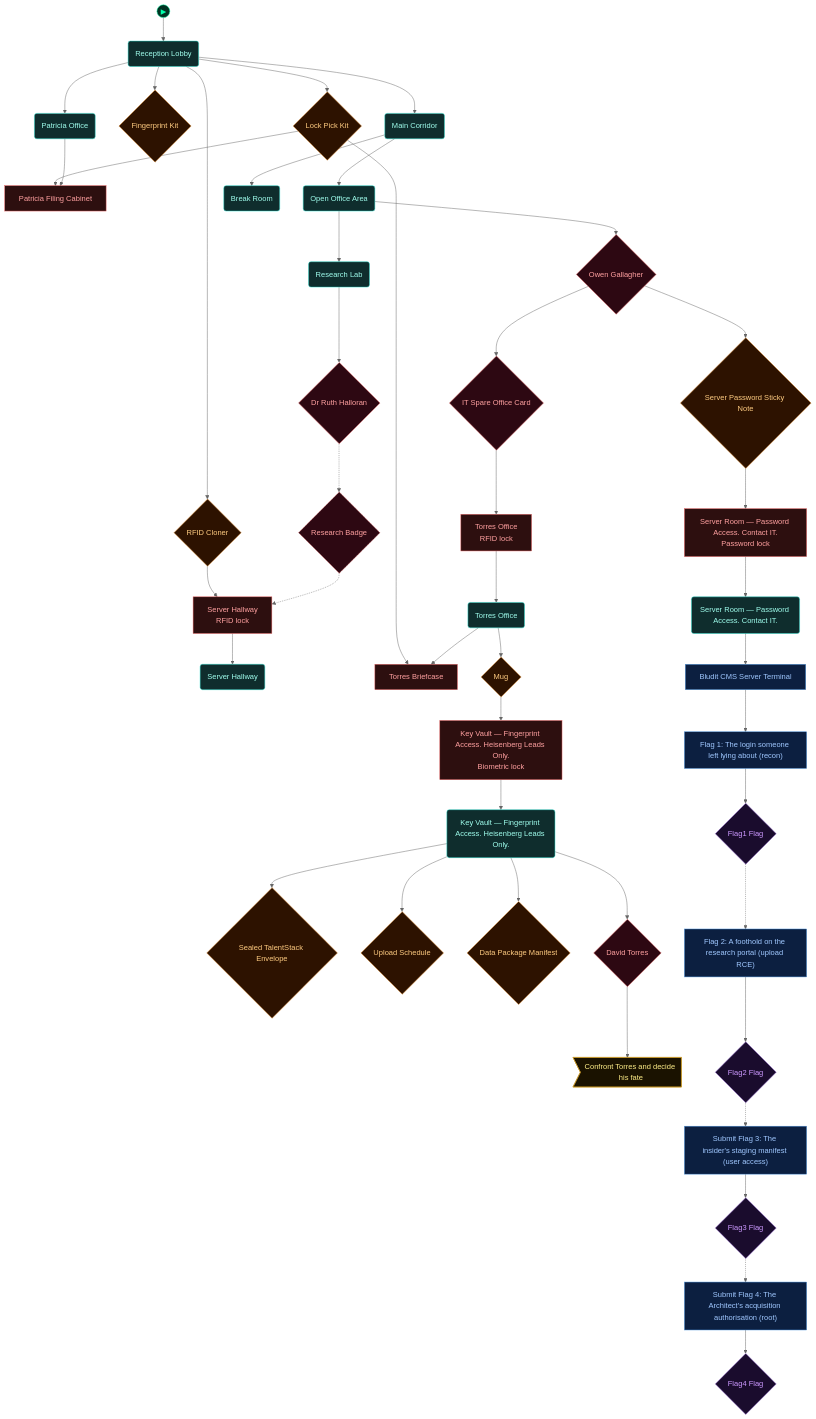
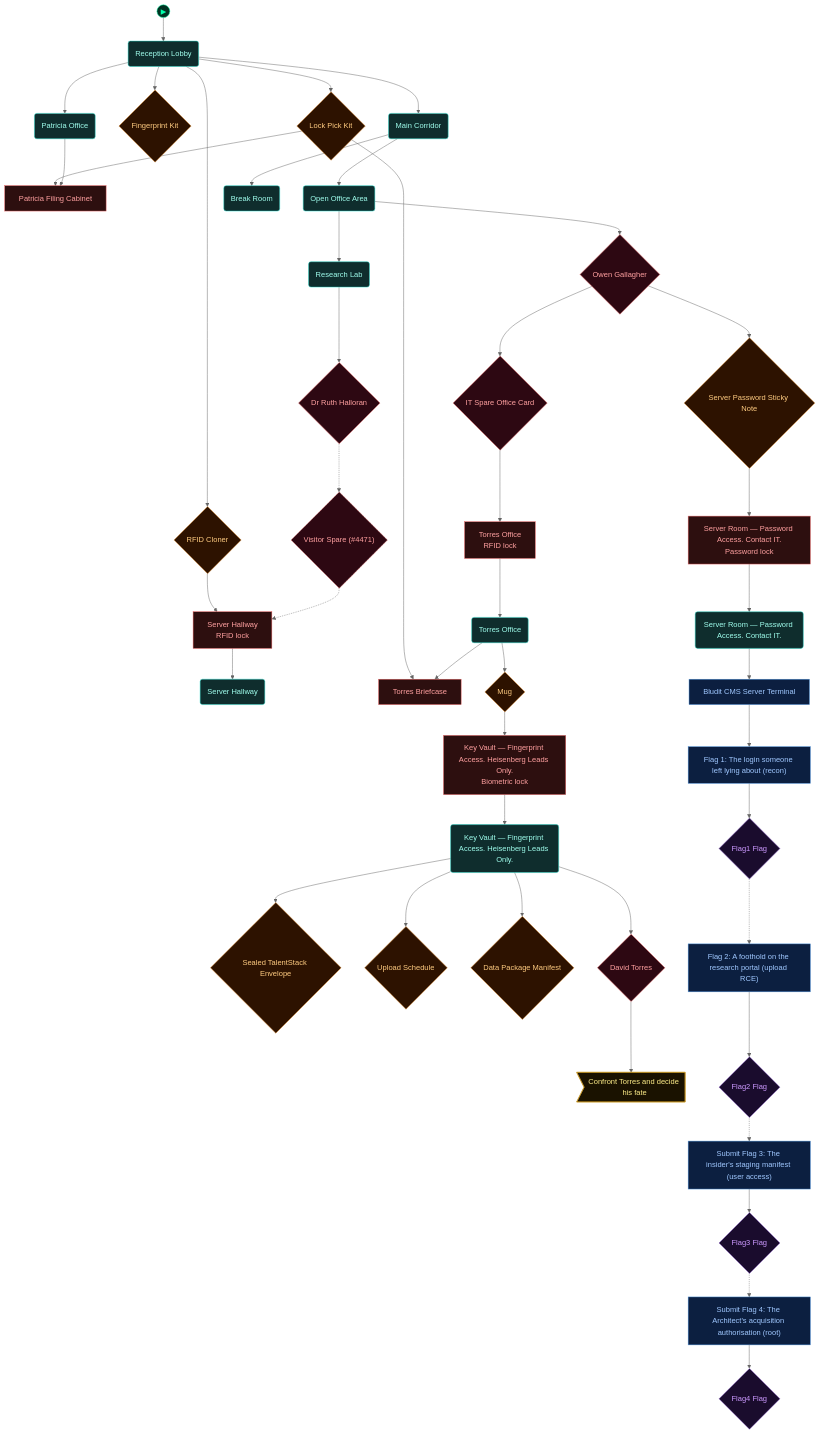
One commit to cliffe/BreakEscape changed the first of 5 diagrams in scenarios/m05_insider_trading/dungeon_graph.md. Above: the diagram before and after it, drawn with Mermaid (neutral theme). The commit also changed other lines of this file and 34 other files, not shown here.

````diff
--- a/scenarios/m05_insider_trading/dungeon_graph.md
+++ b/scenarios/m05_insider_trading/dungeon_graph.md
@@ -91,7 +91,7 @@
   mug{"Mug"}
   npc_dr_ruth_halloran{"Dr Ruth Halloran"}
   research_lab("Research Lab")
-  research_badge{"Research Badge"}
+  visitor_spare_4471{"Visitor Spare (#4471)"}
   sealed_talentstack_envelope{"Sealed TalentStack Envelope"}
   upload_schedule{"Upload Schedule"}
   data_package_manifest{"Data Package Manifest"}
@@ -129,8 +129,8 @@
   mug --> door_data_center
   torres_office --> lock_torres_briefcase
   research_lab --> npc_dr_ruth_halloran
-  npc_dr_ruth_halloran -.-> research_badge
-  research_badge -.-> door_server_hallway
+  npc_dr_ruth_halloran -.-> visitor_spare_4471
+  visitor_spare_4471 -.-> door_server_hallway
   patricia_office --> lock_patricia_filing_cabinet
   data_center --> sealed_talentstack_envelope
   data_center --> upload_schedule
@@ -154,12 +154,12 @@
   class door_server_hallway,door_server_room,door_torres_office,door_data_center,lock_torres_briefcase,lock_patricia_filing_cabinet lock
   class server_hallway,server_room,torres_office,data_center,reception_lobby,open_office_area,research_lab,main_corridor,patricia_office,break_room room
   class lock_pick_kit,rfid_cloner,fingerprint_kit,server_password_sticky_note,mug,sealed_talentstack_envelope,upload_schedule,data_package_manifest item
-  class npc_owen_gallagher,it_spare_office_card,npc_dr_ruth_halloran,research_badge,npc_david_torres key
+  class npc_owen_gallagher,it_spare_office_card,npc_dr_ruth_halloran,visitor_spare_4471,npc_david_torres key
   class bludit_cms_server_terminal,vmch_submit_flag1,vmch_submit_flag2,vmch_submit_flag3,vmch_submit_flag4 vm
   class action_confront_torres action
   class vmfl_submit_flag1,vmfl_submit_flag2,vmfl_submit_flag3,vmfl_submit_flag4 flag
 
   classDef optional stroke-dasharray:5 2
-  class research_badge optional
+  class visitor_spare_4471 optional
   class node_start start
 ```
````
